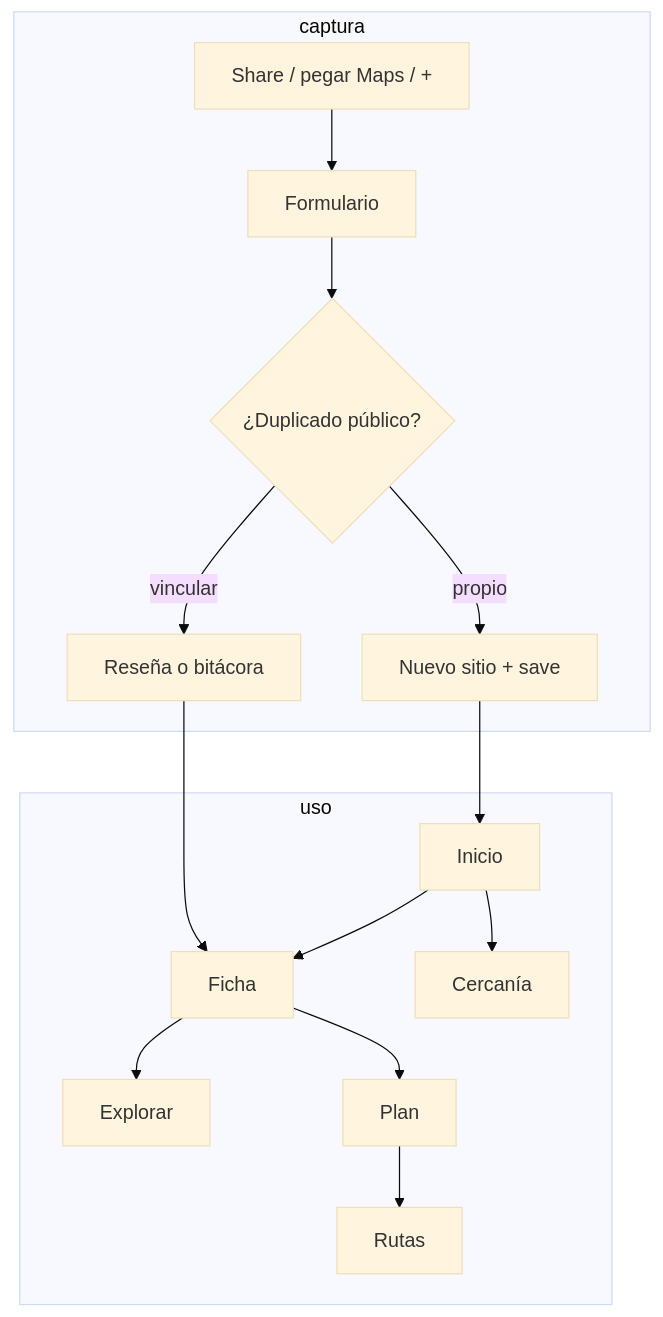
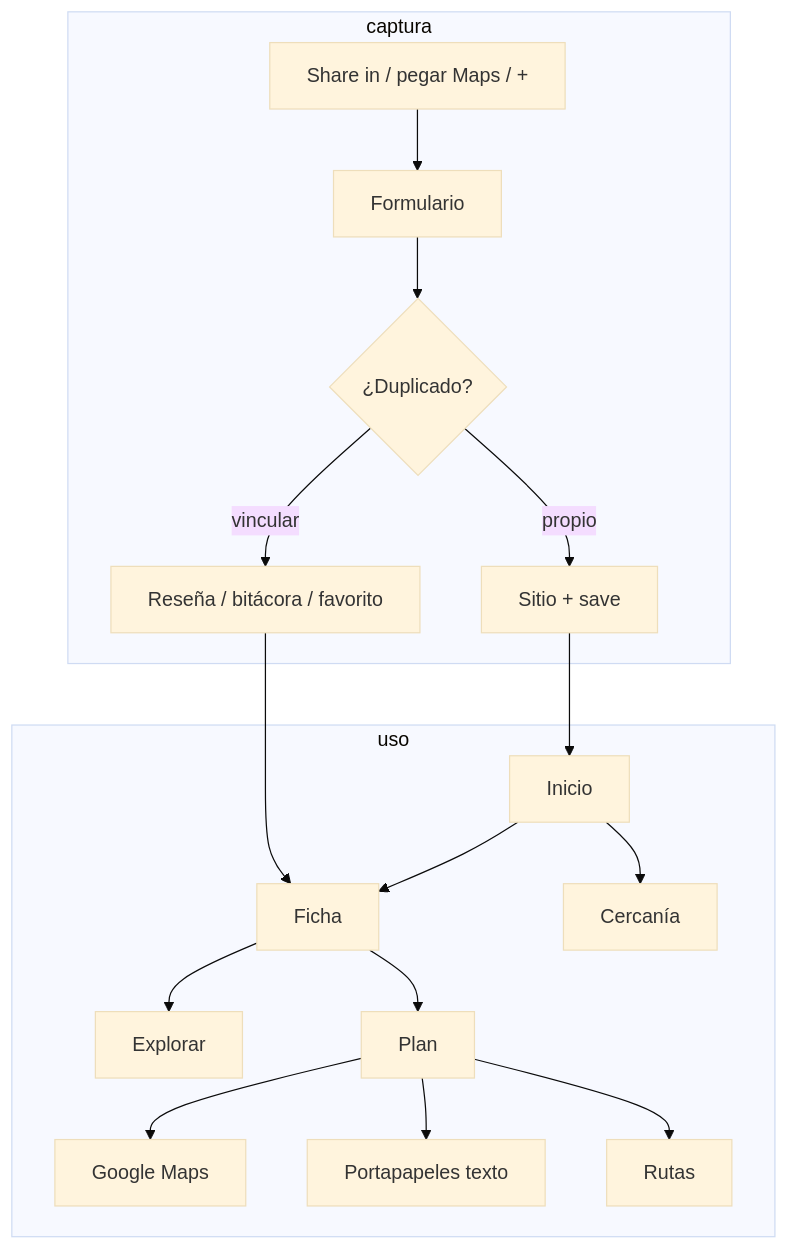
One commit to johntibagan/chevere_plan changed the third of 3 diagrams in docs/aplicacion-actual.md. Above: the diagram before and after it, drawn with Mermaid (base theme). The commit also changed other lines of this file and 3 other files, not shown here.

````diff
--- a/docs/aplicacion-actual.md
+++ b/docs/aplicacion-actual.md
@@ -285,18 +255,20 @@
 ```mermaid
 flowchart TB
   subgraph captura
-    SH[Share / pegar Maps / +] --> FO[Formulario]
-    FO --> DU{¿Duplicado público?}
-    DU -->|vincular| RV[Reseña o bitácora]
-    DU -->|propio| SV[Nuevo sitio + save]
+    SH[Share in / pegar Maps / +] --> FO[Formulario]
+    FO --> DU{¿Duplicado?}
+    DU -->|vincular| RV[Reseña / bitácora / favorito]
+    DU -->|propio| SV[Sitio + save]
   end
   subgraph uso
     SV --> IN[Inicio]
     RV --> FI[Ficha]
     IN --> FI
     FI --> EX[Explorar]
     FI --> PL[Plan]
+    PL --> MAPS[Google Maps]
+    PL --> CLIP[Portapapeles texto]
     PL --> RT[Rutas]
     IN --> PX[Cercanía]
   end
 ```
````
